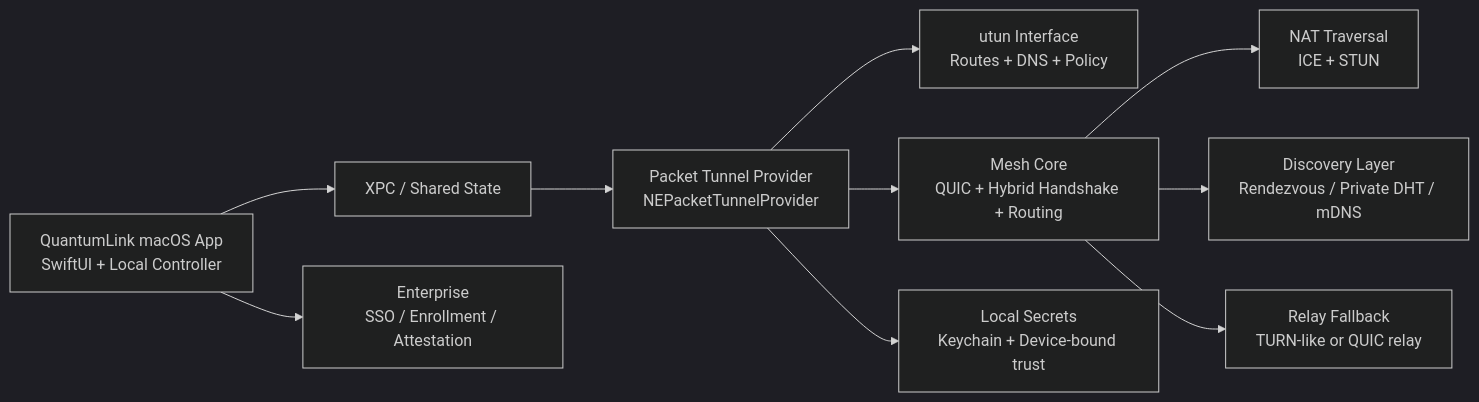
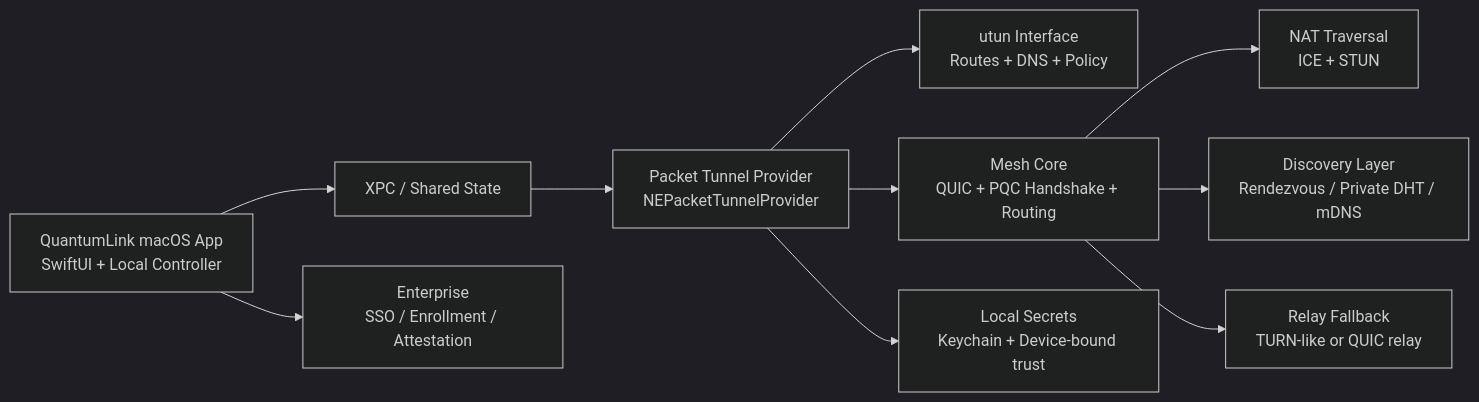
Before and after one commit to exocognosis/QuantumLink: the diagram in product.md, drawn with Mermaid (dark theme). The commit also changed other lines of this file and 3 other files, not shown here.

````diff
--- a/product.md
+++ b/product.md
@@ -66,23 +66,23 @@
 ```mermaid
 flowchart LR
     UI[QuantumLink macOS App\nSwiftUI + Local Controller]
     EXT[Packet Tunnel Provider\nNEPacketTunnelProvider]
     IPC[XPC / Shared State]
     UTUN[utun Interface\nRoutes + DNS + Policy]
-    CORE[Mesh Core\nQUIC + Hybrid Handshake + Routing]
+    CORE[Mesh Core\nQUIC + PQC Handshake + Routing]
     DISC[Discovery Layer\nRendezvous / Private DHT / mDNS]
     NAT[NAT Traversal\nICE + STUN]
     RELAY[Relay Fallback\nTURN-like or QUIC relay]
     KEY[Local Secrets\nKeychain + Device-bound trust]
     SSO[Enterprise\nSSO / Enrollment / Attestation]
 
     UI --> IPC
     IPC --> EXT
     EXT --> UTUN
     EXT --> CORE
     CORE --> NAT
     CORE --> DISC
     CORE --> RELAY
     EXT --> KEY
     UI --> SSO
 ```
````
